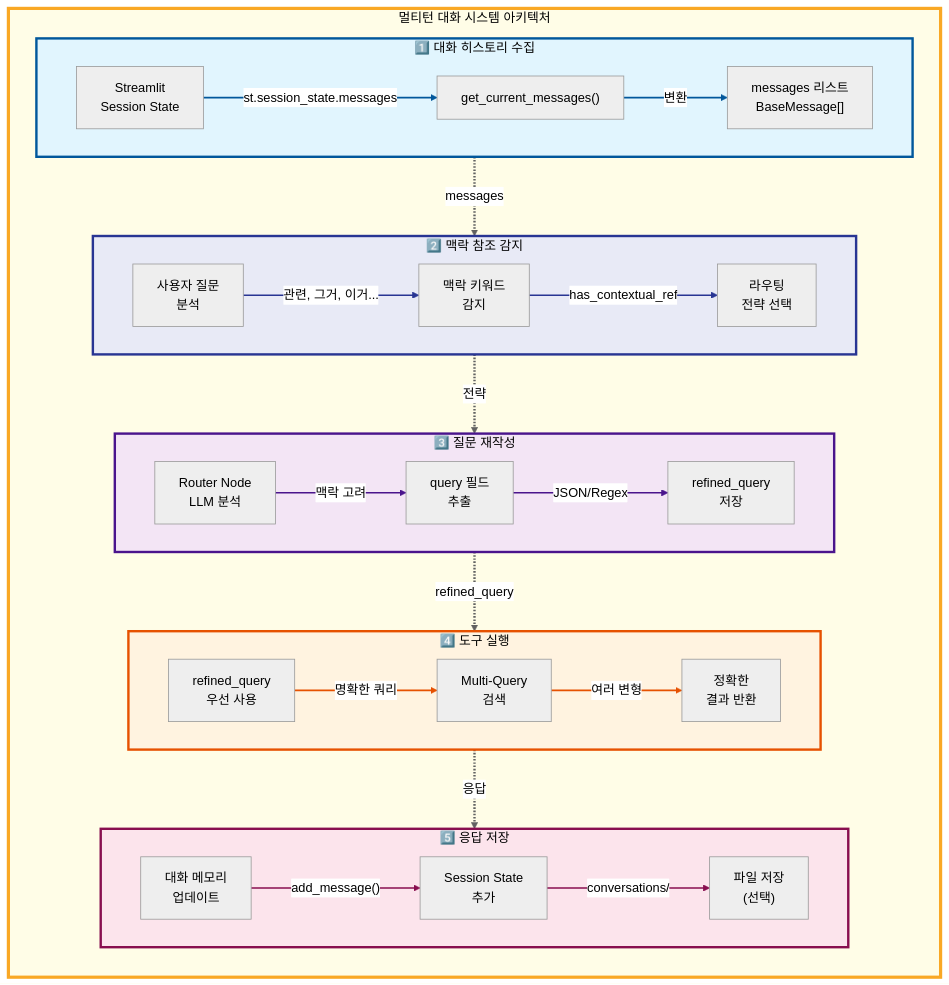
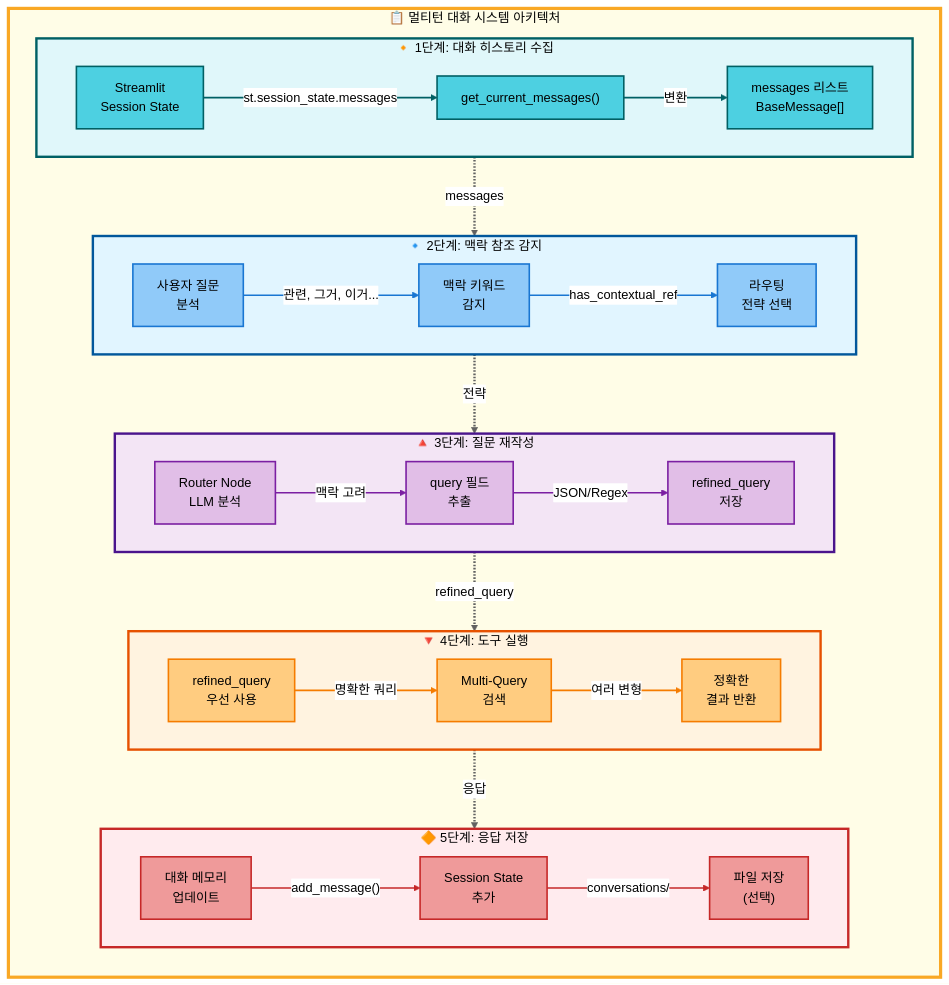
The first of 9 diagrams in README.md (AIBootcamp14/langchainproject-new-langchainproject_5), drawn with Mermaid (neutral theme) before and after one commit. The commit also changed other lines of this file, not shown here.

First line of the commit message:
docs: README 멀티턴 섹션 Mermaid 스타일 수정 및 참조 문서 형식 통일

````diff
--- a/README.md
+++ b/README.md
@@ -1894,9 +1902,9 @@
 ```mermaid
 graph TB
-    subgraph wrapper["멀티턴 대화 시스템 아키텍처"]
+    subgraph wrapper["📋 멀티턴 대화 시스템 아키텍처"]
         direction TB
 
-        subgraph stage1["1️⃣ 대화 히스토리 수집"]
+        subgraph stage1["🔸 1단계: 대화 히스토리 수집"]
             direction LR
             A1["Streamlit<br/>Session State"]
             A2["get_current_messages()"]
@@ -1906,7 +1914,7 @@
             A2 -->|"변환"| A3
         end
 
-        subgraph stage2["2️⃣ 맥락 참조 감지"]
+        subgraph stage2["🔹 2단계: 맥락 참조 감지"]
             direction LR
             B1["사용자 질문<br/>분석"]
             B2["맥락 키워드<br/>감지"]
@@ -1916,7 +1924,7 @@
             B2 -->|"has_contextual_ref"| B3
         end
 
-        subgraph stage3["3️⃣ 질문 재작성"]
+        subgraph stage3["🔺 3단계: 질문 재작성"]
             direction LR
             C1["Router Node<br/>LLM 분석"]
             C2["query 필드<br/>추출"]
@@ -1926,7 +1934,7 @@
             C2 -->|"JSON/Regex"| C3
         end
 
-        subgraph stage4["4️⃣ 도구 실행"]
+        subgraph stage4["🔻 4단계: 도구 실행"]
             direction LR
             D1["refined_query<br/>우선 사용"]
             D2["Multi-Query<br/>검색"]
@@ -1936,7 +1944,7 @@
             D2 -->|"여러 변형"| D3
         end
 
-        subgraph stage5["5️⃣ 응답 저장"]
+        subgraph stage5["🔶 5단계: 응답 저장"]
             direction LR
             E1["대화 메모리<br/>업데이트"]
             E2["Session State<br/>추가"]
@@ -1952,24 +1960,37 @@
         stage4 -.->|"응답"| stage5
     end
 
-    classDef stage1Style fill:#e1f5fe,stroke:#01579b,stroke-width:3px,color:#000
-    classDef stage2Style fill:#e8eaf6,stroke:#283593,stroke-width:3px,color:#000
-    classDef stage3Style fill:#f3e5f5,stroke:#4a148c,stroke-width:3px,color:#000
-    classDef stage4Style fill:#fff3e0,stroke:#e65100,stroke-width:3px,color:#000
-    classDef stage5Style fill:#fce4ec,stroke:#880e4f,stroke-width:3px,color:#000
-    classDef wrapperStyle fill:#fffde7,stroke:#f9a825,stroke-width:4px,color:#000
+    style wrapper fill:#fffde7,stroke:#f9a825,stroke-width:4px,color:#000
+    style stage1 fill:#e0f7fa,stroke:#006064,stroke-width:3px,color:#000
+    style stage2 fill:#e1f5ff,stroke:#01579b,stroke-width:3px,color:#000
+    style stage3 fill:#f3e5f5,stroke:#4a148c,stroke-width:3px,color:#000
+    style stage4 fill:#fff3e0,stroke:#e65100,stroke-width:3px,color:#000
+    style stage5 fill:#ffebee,stroke:#c62828,stroke-width:3px,color:#000
 
-    class stage1 stage1Style
-    class stage2 stage2Style
-    class stage3 stage3Style
-    class stage4 stage4Style
-    class stage5 stage5Style
-    class wrapper wrapperStyle
+    style A1 fill:#4dd0e1,stroke:#006064,stroke-width:2px,color:#000
+    style A2 fill:#4dd0e1,stroke:#006064,stroke-width:2px,color:#000
+    style A3 fill:#4dd0e1,stroke:#006064,stroke-width:2px,color:#000
 
-    linkStyle 0,1 stroke:#01579b,stroke-width:2px
-    linkStyle 2,3 stroke:#283593,stroke-width:2px
-    linkStyle 4,5 stroke:#4a148c,stroke-width:2px
-    linkStyle 6,7 stroke:#e65100,stroke-width:2px
-    linkStyle 8,9 stroke:#880e4f,stroke-width:2px
+    style B1 fill:#90caf9,stroke:#1976d2,stroke-width:2px,color:#000
+    style B2 fill:#90caf9,stroke:#1976d2,stroke-width:2px,color:#000
+    style B3 fill:#90caf9,stroke:#1976d2,stroke-width:2px,color:#000
+
+    style C1 fill:#e1bee7,stroke:#7b1fa2,stroke-width:2px,color:#000
+    style C2 fill:#e1bee7,stroke:#7b1fa2,stroke-width:2px,color:#000
+    style C3 fill:#e1bee7,stroke:#7b1fa2,stroke-width:2px,color:#000
+
+    style D1 fill:#ffcc80,stroke:#f57c00,stroke-width:2px,color:#000
+    style D2 fill:#ffcc80,stroke:#f57c00,stroke-width:2px,color:#000
+    style D3 fill:#ffcc80,stroke:#f57c00,stroke-width:2px,color:#000
+
+    style E1 fill:#ef9a9a,stroke:#c62828,stroke-width:2px,color:#000
+    style E2 fill:#ef9a9a,stroke:#c62828,stroke-width:2px,color:#000
+    style E3 fill:#ef9a9a,stroke:#c62828,stroke-width:2px,color:#000
+
+    linkStyle 0,1 stroke:#006064,stroke-width:2px
+    linkStyle 2,3 stroke:#1976d2,stroke-width:2px
+    linkStyle 4,5 stroke:#7b1fa2,stroke-width:2px
+    linkStyle 6,7 stroke:#f57c00,stroke-width:2px
+    linkStyle 8,9 stroke:#c62828,stroke-width:2px
     linkStyle 10,11,12,13 stroke:#616161,stroke-width:3px
 ```
````
